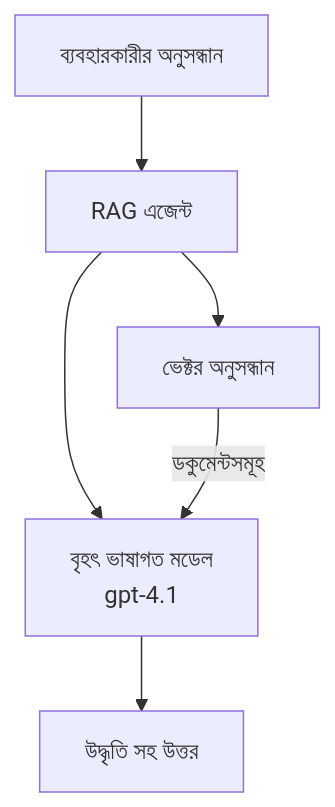
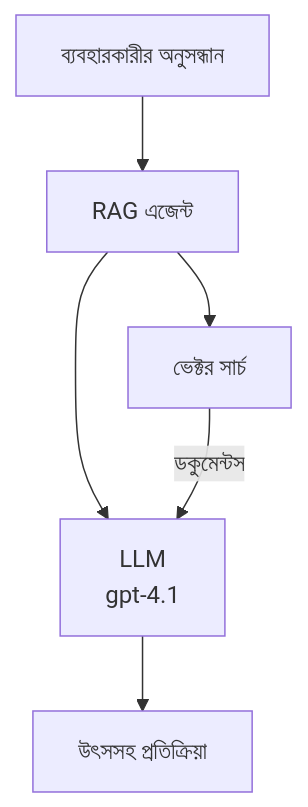
One commit to microsoft/AZD-for-beginners changed the second of 3 diagrams in translations/bn/docs/chapter-02-ai-development/agents.md. Above: the diagram before and after it, drawn with Mermaid. The commit also changed other lines of this file and 101 other files, not shown here.

````diff
--- a/translations/bn/docs/chapter-02-ai-development/agents.md
+++ b/translations/bn/docs/chapter-02-ai-development/agents.md
@@ -170,8 +175,8 @@
 ```mermaid
 graph TD
     Query[ব্যবহারকারীর অনুসন্ধান] --> RAG[RAG এজেন্ট]
-    RAG --> Vector[ভেক্টর অনুসন্ধান]
-    RAG --> LLM[বৃহৎ ভাষাগত মডেল<br/>gpt-4.1]
-    Vector -- ডকুমেন্টসমূহ --> LLM
-    LLM --> Response[উদ্ধৃতি সহ উত্তর]
+    RAG --> Vector[ভেক্টর সার্চ]
+    RAG --> LLM[LLM<br/>gpt-4.1]
+    Vector -- ডকুমেন্টস --> LLM
+    LLM --> Response[উৎসসহ প্রতিক্রিয়া]
 ```
````
